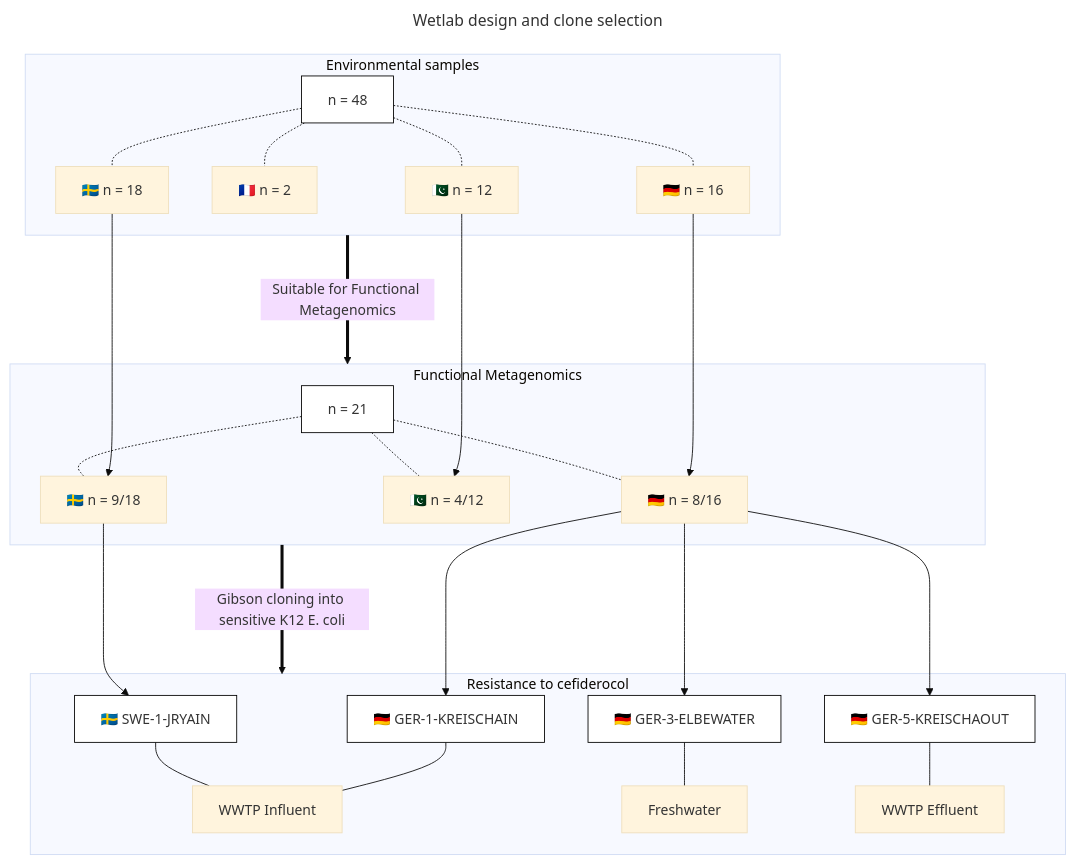
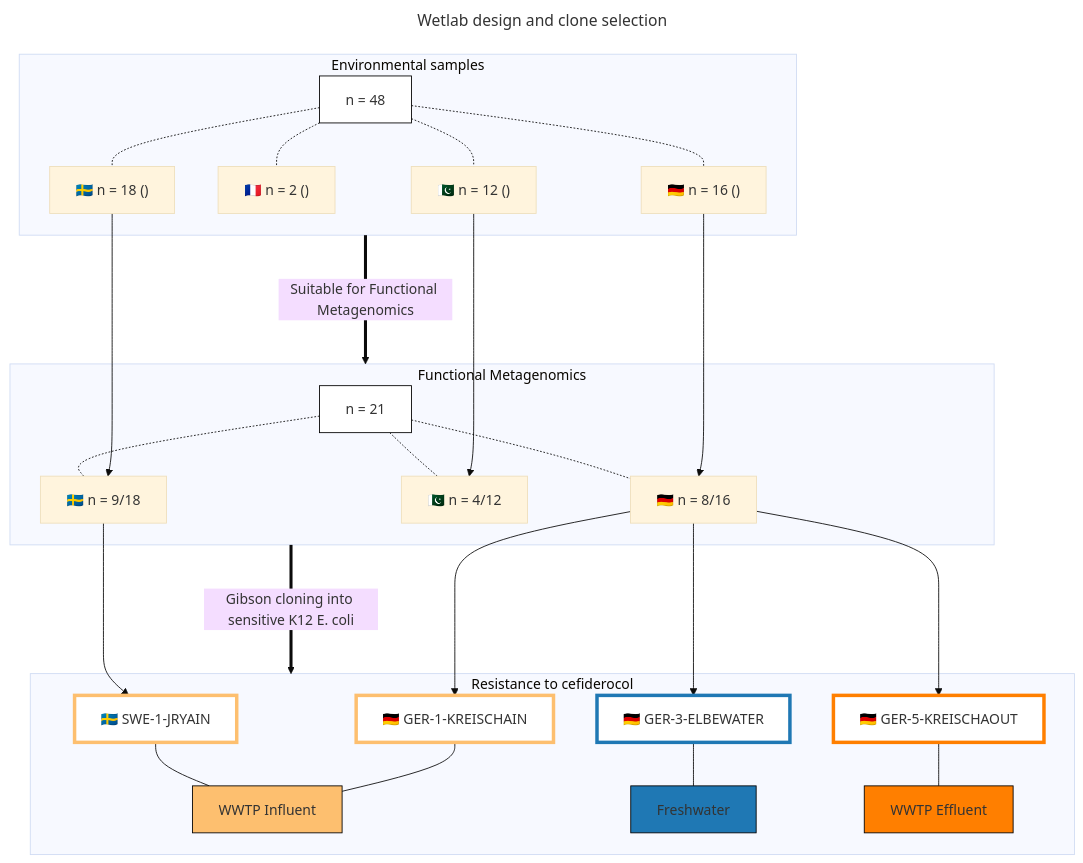
One commit to RemiGSC/Mgf_FDC changed the first of 2 diagrams in README.md. Above: the diagram before and after it, drawn with Mermaid (base theme). The commit also changed other lines of this file, not shown here.

````diff
--- a/README.md
+++ b/README.md
@@ -9,48 +9,54 @@
 ```mermaid
 ---
 title: Wetlab design and clone selection
 ---
 flowchart TD
 	subgraph ev [Environmental samples]
-		A[n = 48] -.- A1[🇸🇪 n = 18]
-		A -.- A2[🇫🇷 n = 2]
-		A -.- A3[🇩🇪 n = 16]
-		A -.- A4[🇵🇰 n = 12]
+		A[n = 48] -.- A1["🇸🇪 n = 18 ()"]
+		A -.- A2["🇫🇷 n = 2 ()"]
+		A -.- A3["🇩🇪 n = 16 ()"]
+		A -.- A4["🇵🇰 n = 12 ()"]
 	end
 
 	subgraph fmg [Functional Metagenomics]
 		B[n = 21] -.- B1[🇸🇪 n = 9/18]
 		B -.- B3[🇩🇪 n = 8/16]
 		B -.- B4[🇵🇰 n = 4/12]
 	end
 
 	subgraph Rcef [Resistance to cefiderocol]
 			C1[🇸🇪 SWE-1-JRYAIN] --- WWIN[WWTP Influent]
 			C3a[🇩🇪 GER-1-KREISCHAIN] --- WWIN[WWTP Influent]
 			C3b[🇩🇪 GER-3-ELBEWATER] --- Fresh[Freshwater]
 			C3c[🇩🇪 GER-5-KREISCHAOUT] --- WWEF[WWTP Effluent]
 	end
 
 
 ev ==>|Suitable for Functional Metagenomics| fmg
 
 fmg ==>|Gibson cloning into sensitive K12 E. coli| Rcef
 
 A1 ----> B1
 A3 ----> B3
 A4 ----> B4
 
 B1 ---> C1
 B3 ---> C3a
 B3 ---> C3b
 B3 ---> C3c
 
 style A stroke:#000,fill:#fff
 style B stroke:#000,fill:#fff
 
-style C1 stroke:#000,fill:#fff
-style C3a stroke:#000,fill:#fff
-style C3b stroke:#000,fill:#fff
-style C3c stroke:#000,fill:#fff
+style C1 stroke:#fdbf6f,fill:#fff,stroke-width:4px
+style C3a stroke:#fdbf6f,fill:#fff,stroke-width:4px
+style C3b stroke:#1f78b4,fill:#fff,stroke-width:4px
+style C3c stroke:#ff7f00,fill:#fff,stroke-width:4px
+
+
+style WWIN stroke:#000,fill:#fdbf6f
+style Fresh stroke:#000,fill:#1f78b4
+style WWEF stroke:#000,fill:#ff7f00
+
 
 ```
````
